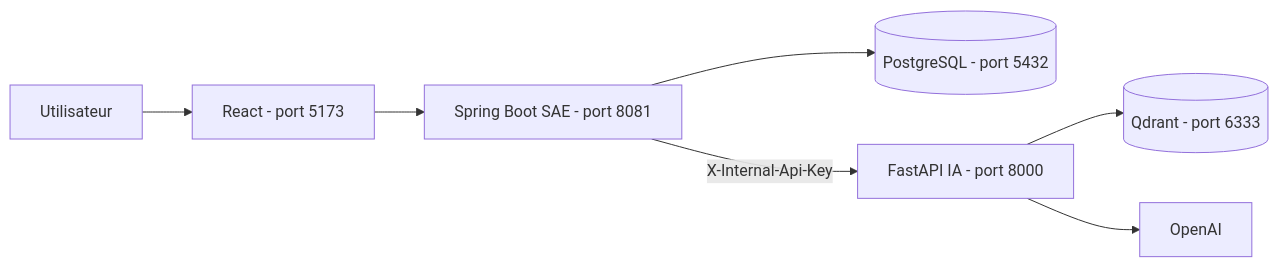
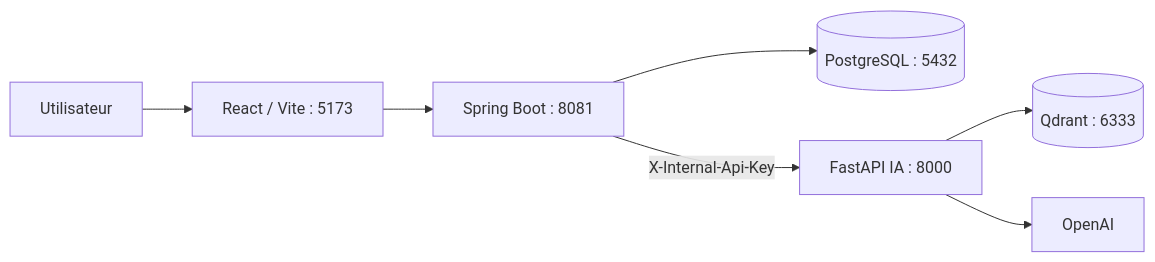
One commit to omarfh111/engineering-copilot-ai changed the diagram in README.md. Above: the diagram before and after it, drawn with Mermaid. The commit also changed other lines of this file and 7 other files, not shown here.

````diff
--- a/README.md
+++ b/README.md
@@ -9,9 +21,9 @@
 ```mermaid
 flowchart LR
-  U[Utilisateur] --> R[React - port 5173]
-  R --> S[Spring Boot SAE - port 8081]
-  S --> P[(PostgreSQL - port 5432)]
-  S -- X-Internal-Api-Key --> I[FastAPI IA - port 8000]
-  I --> Q[(Qdrant - port 6333)]
-  I --> O[OpenAI]
+  U[Utilisateur] --> F[React / Vite : 5173]
+  F --> B[Spring Boot : 8081]
+  B --> P[(PostgreSQL : 5432)]
+  B -->|X-Internal-Api-Key| A[FastAPI IA : 8000]
+  A --> Q[(Qdrant : 6333)]
+  A --> O[OpenAI]
 ```
````
